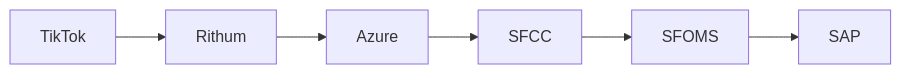
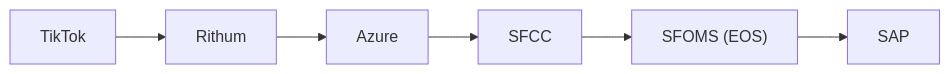
Before and after one commit to alienfacepalm/columbia-social-order-use-case: the seventh of 10 diagrams in presentation.md, drawn with Mermaid. The commit also changed other lines of this file and 7 other files, not shown here.

````diff
--- a/presentation.md
+++ b/presentation.md
@@ -255,8 +260,8 @@
 ```mermaid
 flowchart LR
     TT["TikTok"] --> R["Rithum"]
     R --> AZ["Azure"]
     AZ --> SFCC["SFCC"]
-    SFCC --> SFOMS["SFOMS"]
+    SFCC --> SFOMS["SFOMS (EOS)"]
     SFOMS --> SAP["SAP"]
 ```
````
